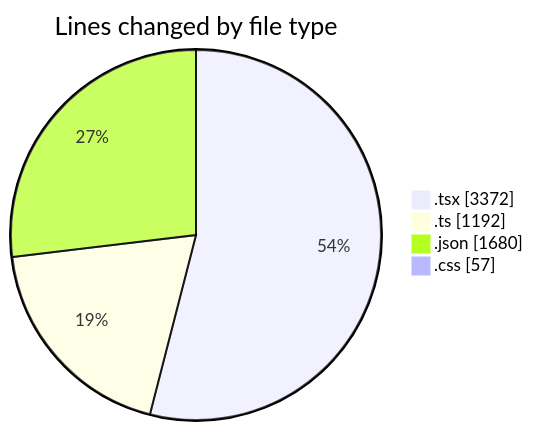
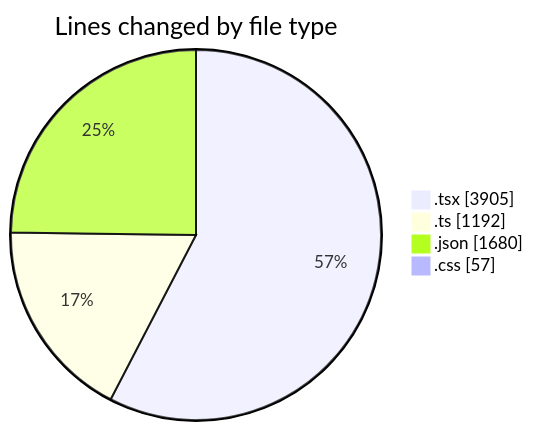
The first of 2 diagrams in 2025-10-09/eventscop-frontend-guide__workspace_/README.md (julien-gomy/code-tracking), drawn with Mermaid before and after one commit. The commit also changed other lines of this file and 1 other file, not shown here.

````diff
--- a/2025-10-09/eventscop-frontend-guide__workspace_/README.md
+++ b/2025-10-09/eventscop-frontend-guide__workspace_/README.md
@@ -53,8 +55,8 @@
 ```mermaid
 pie showData
 title Lines changed by file type
-".tsx" : 3372
+".tsx" : 3905
 ".ts" : 1192
 ".json" : 1680
 ".css" : 57
 ```
````
